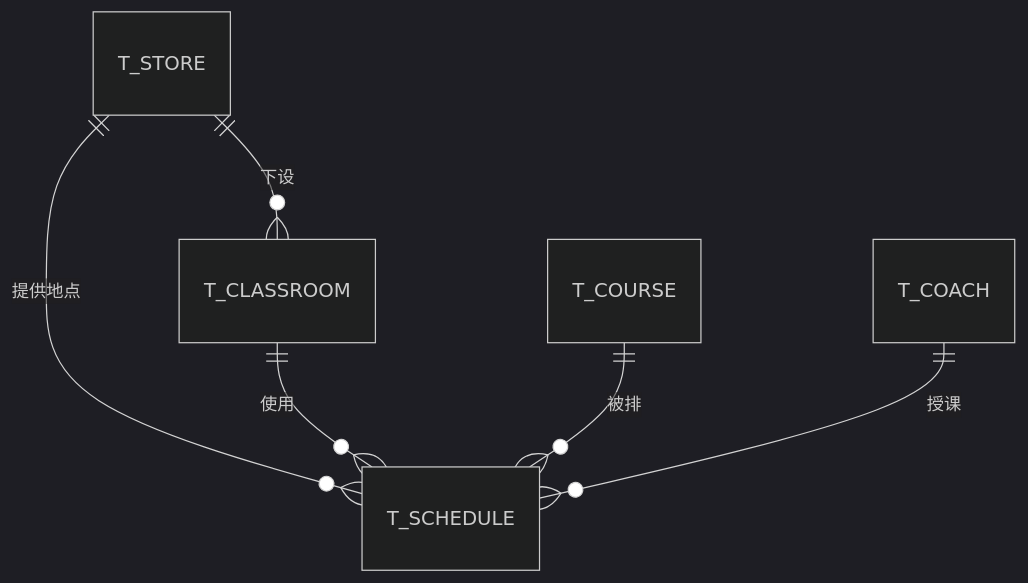
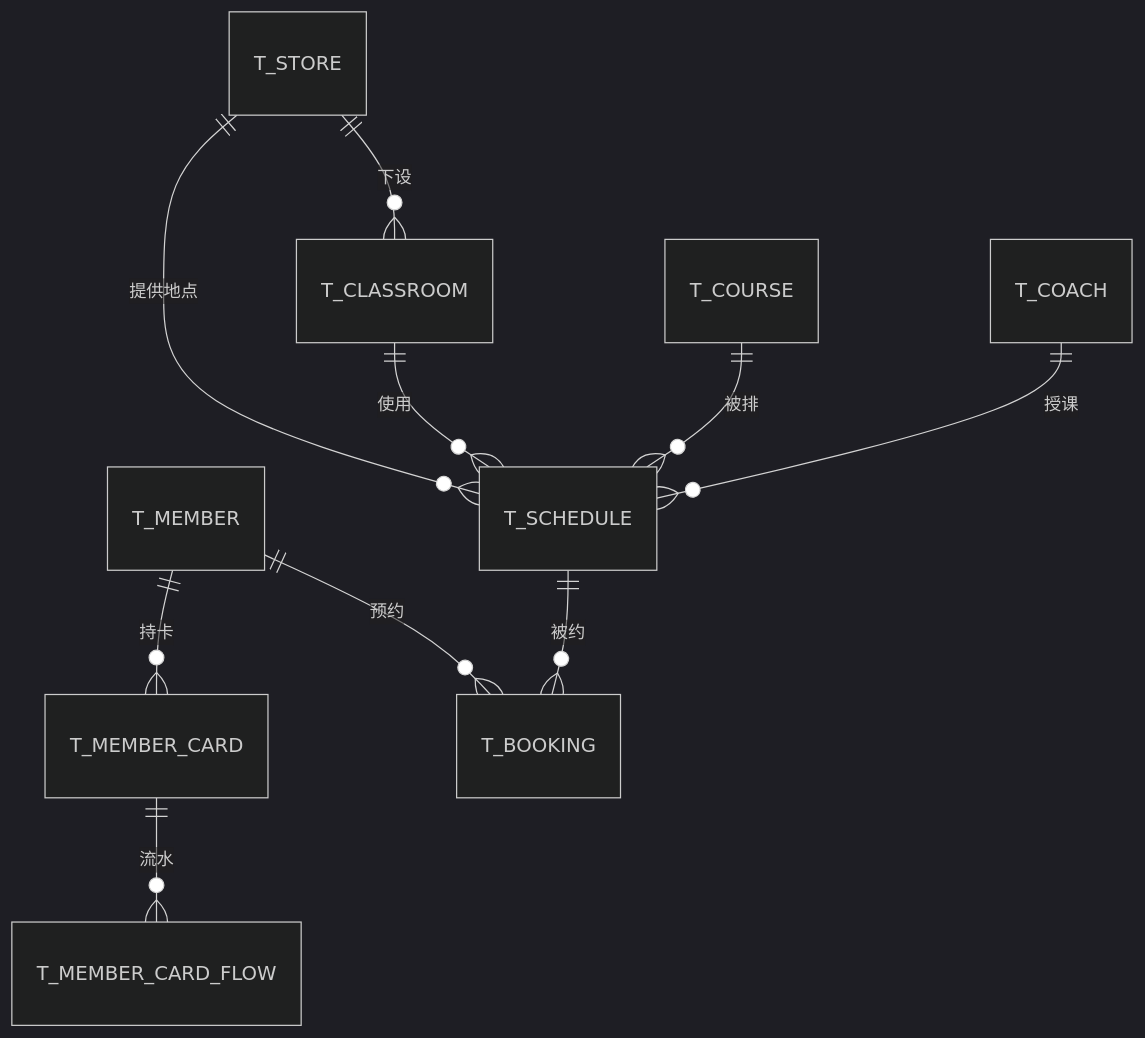
Before and after one commit to duo2530/techplant-yoga: the first of 2 diagrams in docs/详细设计/详细设计总览.md, drawn with Mermaid (dark theme). The commit also changed other lines of this file and 58 other files, not shown here.

````diff
--- a/docs/详细设计/详细设计总览.md
+++ b/docs/详细设计/详细设计总览.md
@@ -93,8 +117,12 @@
 ```mermaid
 erDiagram
     T_STORE     ||--o{ T_CLASSROOM : "下设"
     T_STORE     ||--o{ T_SCHEDULE  : "提供地点"
     T_CLASSROOM ||--o{ T_SCHEDULE  : "使用"
     T_COURSE    ||--o{ T_SCHEDULE  : "被排"
     T_COACH     ||--o{ T_SCHEDULE  : "授课"
+    T_MEMBER    ||--o{ T_MEMBER_CARD : "持卡"
+    T_MEMBER_CARD ||--o{ T_MEMBER_CARD_FLOW : "流水"
+    T_MEMBER    ||--o{ T_BOOKING   : "预约"
+    T_SCHEDULE  ||--o{ T_BOOKING   : "被约"
 ```
````
